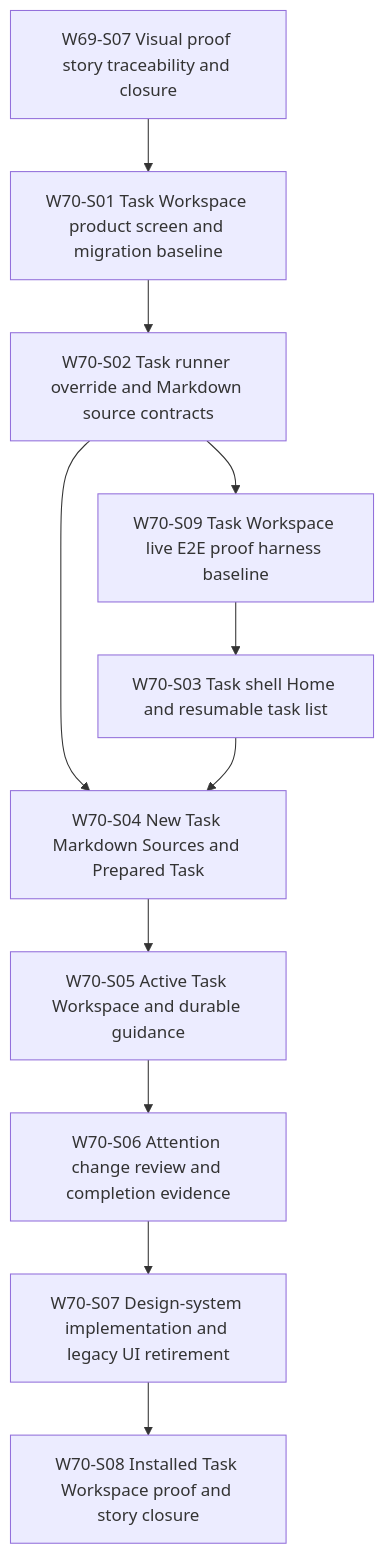
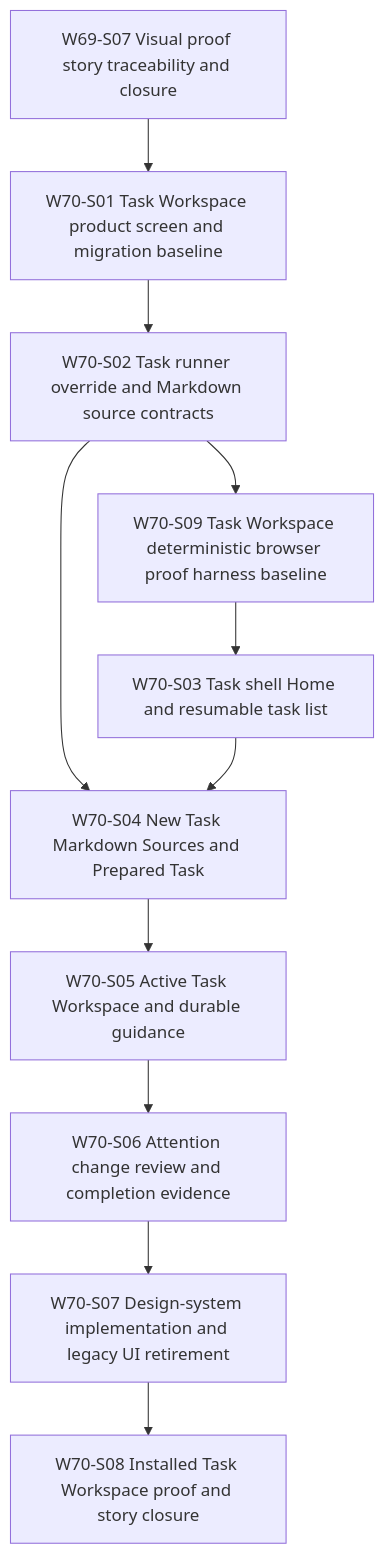
The sixth of 6 diagrams in docs/backlog/slice-dependency-graph.md (GrinRus/ai_native_sdlc_orchestrator), drawn with Mermaid before and after one commit. The commit also changed other lines of this file and 48 other files, not shown here.

````diff
--- a/docs/backlog/slice-dependency-graph.md
+++ b/docs/backlog/slice-dependency-graph.md
@@ -2036,13 +2039,13 @@
 ```mermaid
 graph TD
   W69S07[W69-S07 Visual proof story traceability and closure] --> W70S01[W70-S01 Task Workspace product screen and migration baseline]
   W70S01 --> W70S02[W70-S02 Task runner override and Markdown source contracts]
-  W70S02 --> W70S09[W70-S09 Task Workspace live E2E proof harness baseline]
+  W70S02 --> W70S09[W70-S09 Task Workspace deterministic browser proof harness baseline]
   W70S09 --> W70S03[W70-S03 Task shell Home and resumable task list]
   W70S02 --> W70S04[W70-S04 New Task Markdown Sources and Prepared Task]
   W70S03 --> W70S04
   W70S04 --> W70S05[W70-S05 Active Task Workspace and durable guidance]
   W70S05 --> W70S06[W70-S06 Attention change review and completion evidence]
   W70S06 --> W70S07[W70-S07 Design-system implementation and legacy UI retirement]
   W70S07 --> W70S08[W70-S08 Installed Task Workspace proof and story closure]
 ```
````
